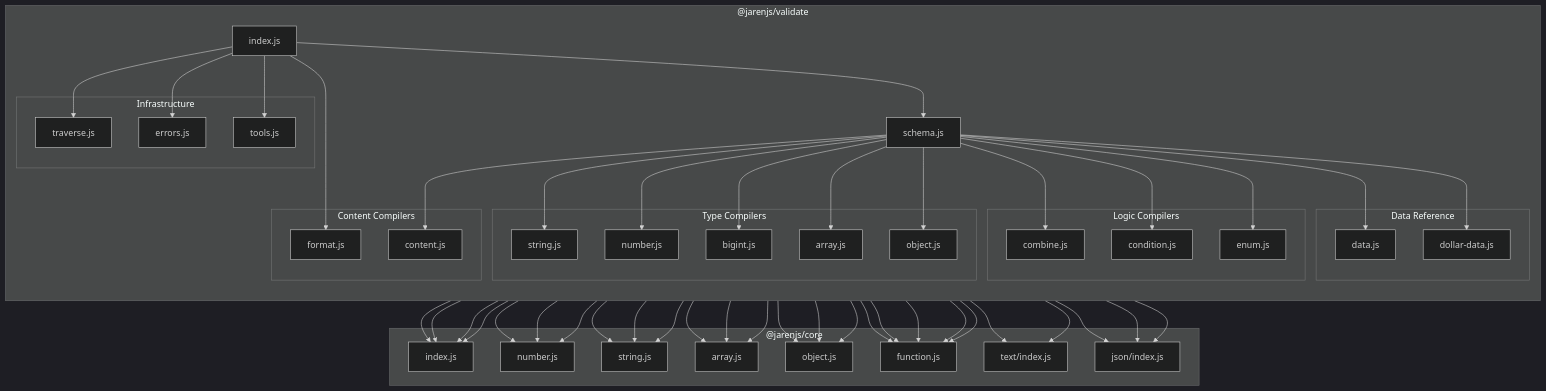
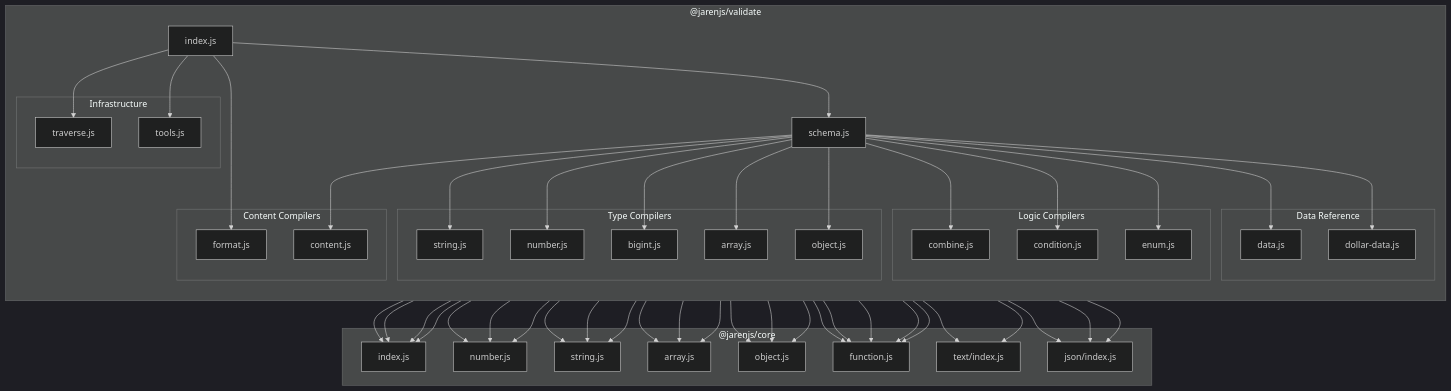
Before and after one commit to jklarenbeek/jarenjs: diagram 15 of 17 in packages/validate/ARCHITECTURE.md, drawn with Mermaid (dark theme). The commit also changed other lines of this file and 24 other files, not shown here.

````diff
--- a/packages/validate/ARCHITECTURE.md
+++ b/packages/validate/ARCHITECTURE.md
@@ -695,66 +694,65 @@
 ```mermaid
 flowchart TB
     subgraph "@jarenjs/validate"
         direction TB
         INDEX[index.js]
         SCHEMA[schema.js]
 
         subgraph "Type Compilers"
             STR[string.js]
             NUM[number.js]
             BINT[bigint.js]
             ARR[array.js]
             OBJ[object.js]
         end
 
         subgraph "Logic Compilers"
             COMB[combine.js]
             COND[condition.js]
             ENUM[enum.js]
         end
 
         subgraph "Content Compilers"
             FMT[format.js]
             CONT[content.js]
         end
 
         subgraph "Data Reference"
             DATA[data.js]
             DDLR[dollar-data.js]
         end
 
         subgraph "Infrastructure"
             TRAV[traverse.js]
-            ERR[errors.js]
             TOOLS[tools.js]
         end
     end
 
     subgraph "@jarenjs/core"
         CORE[index.js]
         CORE_NUM[number.js]
         CORE_STR[string.js]
         CORE_ARR[array.js]
         CORE_OBJ[object.js]
         CORE_FN[function.js]
         CORE_TXT[text/index.js]
         CORE_JSON[json/index.js]
     end
 
-    INDEX --> SCHEMA & TRAV & ERR & TOOLS & FMT
+    INDEX --> SCHEMA & TRAV & TOOLS & FMT
     SCHEMA --> STR & NUM & BINT & ARR & OBJ & COMB & COND & ENUM & CONT & DATA & DDLR
 
     INDEX --> CORE
     SCHEMA --> CORE
     STR --> CORE_STR & CORE_FN
     NUM --> CORE_NUM & CORE_FN
     BINT --> CORE_NUM & CORE_FN
     ARR --> CORE_ARR & CORE_OBJ & CORE_FN
     OBJ --> CORE_OBJ & CORE_ARR & CORE_FN
     ENUM --> CORE_OBJ
     CONT --> CORE_TXT & CORE_JSON
     DATA --> CORE_JSON
     DDLR --> CORE_JSON
     TOOLS --> CORE & CORE_STR & CORE_ARR
     TRAV --> CORE & CORE_NUM & CORE_STR & CORE_TXT
 ```
````
